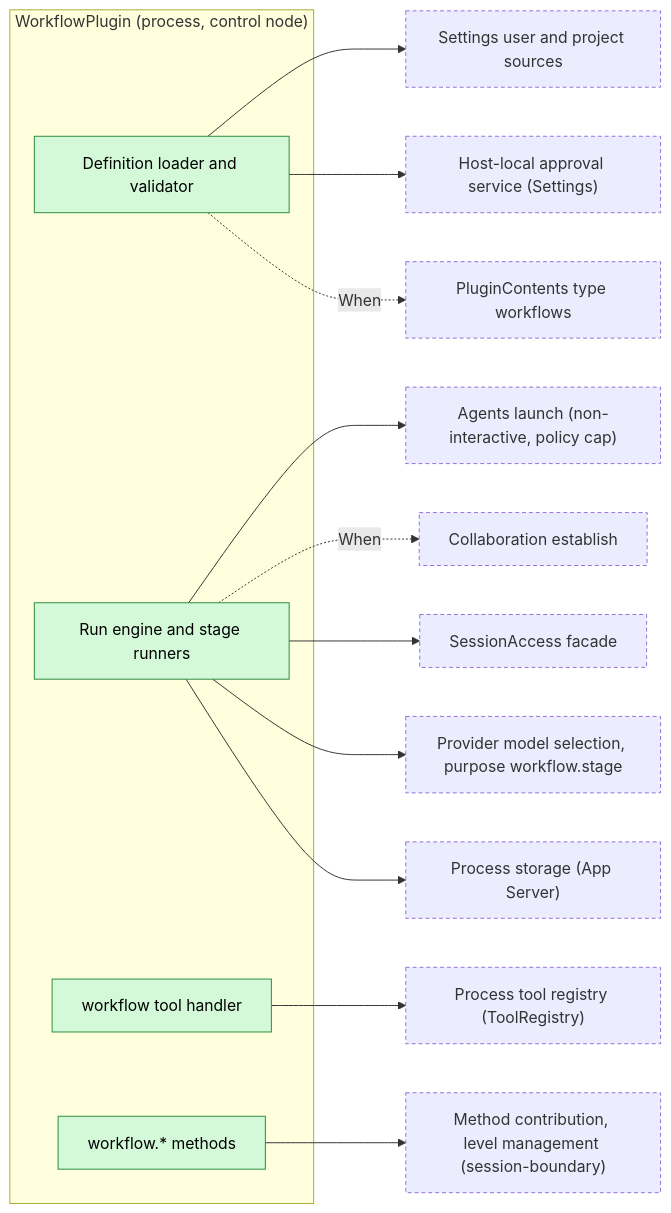
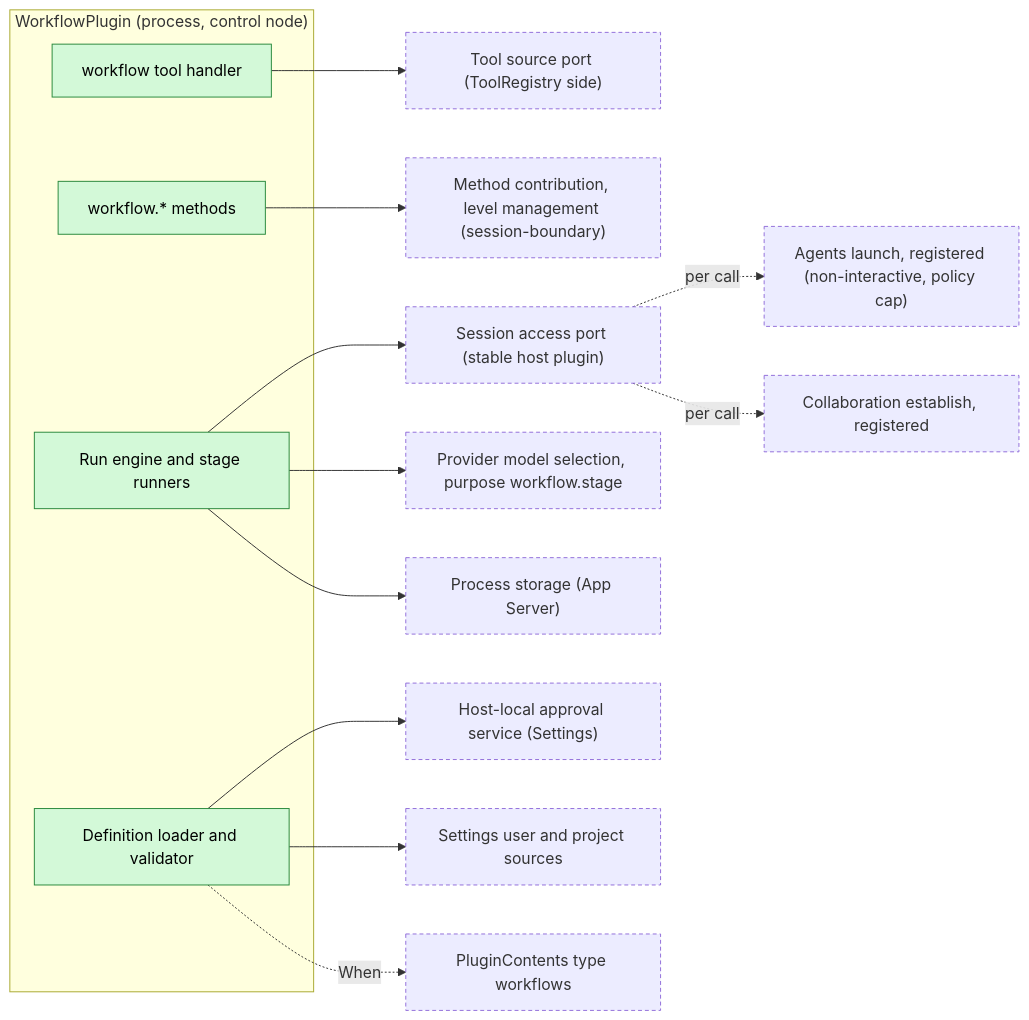
The first of 6 diagrams in docs/design/plugins/Workflow.md (CoutinhoTTS/dim-agent), drawn with Mermaid before and after one commit. The commit also changed other lines of this file and 3 other files, not shown here.

````diff
--- a/docs/design/plugins/Workflow.md
+++ b/docs/design/plugins/Workflow.md
@@ -9,33 +9,33 @@
 ```mermaid
 flowchart LR
   subgraph WF["WorkflowPlugin (process, control node)"]
     Defs["Definition loader and validator"]
     Runner["Run engine and stage runners"]
     Tool["workflow tool handler"]
     Mgmt["workflow.* methods"]
   end
-  ToolReg["Process tool registry (ToolRegistry)"]
+  ToolReg["Tool source port (ToolRegistry side)"]
   MgmtReg["Method contribution, level management (session-boundary)"]
-  Launch["Agents launch (non-interactive, policy cap)"]
-  Estab["Collaboration establish"]
-  Access["SessionAccess facade"]
+  Access["Session access port (stable host plugin)"]
+  Launch["Agents launch, registered (non-interactive, policy cap)"]
+  Estab["Collaboration establish, registered"]
   Purpose["Provider model selection, purpose workflow.stage"]
   Store["Process storage (App Server)"]
   Approvals["Host-local approval service (Settings)"]
   Sources["Settings user and project sources"]
   Contents["PluginContents type workflows"]
   Tool --> ToolReg
   Mgmt --> MgmtReg
-  Runner --> Launch
-  Runner -.->|When| Estab
   Runner --> Access
+  Access -.->|per call| Launch
+  Access -.->|per call| Estab
   Runner --> Purpose
   Runner --> Store
   Defs --> Sources
   Defs --> Approvals
   Defs -.->|When| Contents
   classDef new fill:#d3f9d8,stroke:#2b8a3e,color:#000
   classDef contract stroke-dasharray:4 3
   class Defs,Runner,Tool,Mgmt new
   class ToolReg,MgmtReg,Launch,Estab,Access,Purpose,Store,Approvals,Sources,Contents contract
 ```
````
